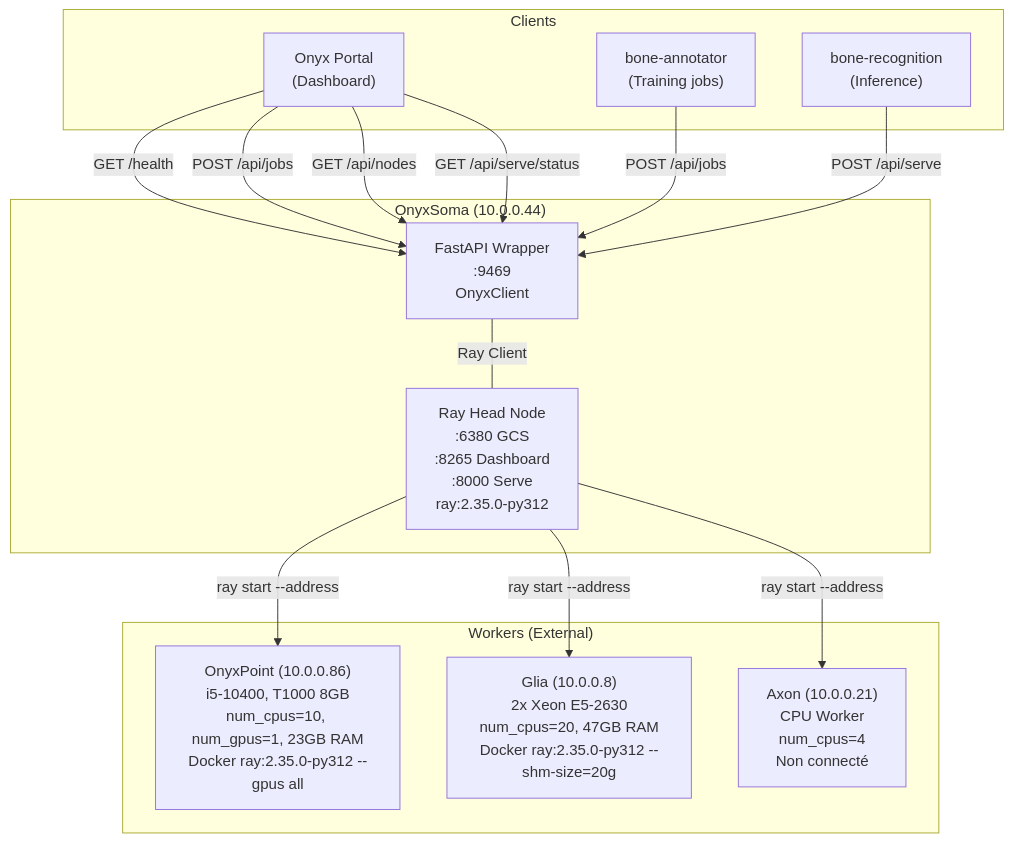
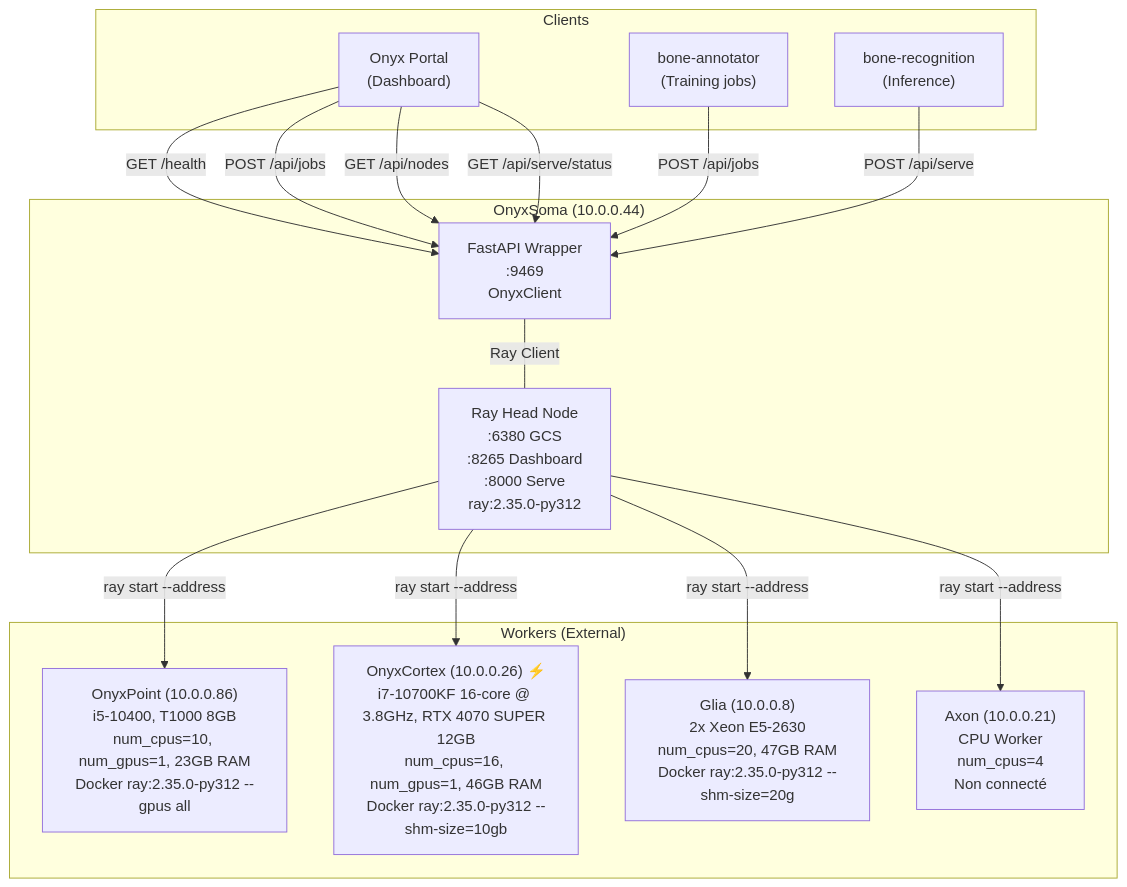
Before and after one commit to VersoVet/ml-compute: the first of 3 diagrams in DIAGRAM.md, drawn with Mermaid. The commit also changed 2 other files, not shown here.

Commit message:
docs: add OnyxCortex (10.0.0.26) GPU worker to cluster
Added new high-performance GPU worker to Ray cluster:

OnyxCortex Specs:
- CPU: 16-core Intel i7-10700KF @ 3.8 GHz
- RAM: 46 GB
- GPU: NVIDIA RTX 4070 SUPER (12.2 GB VRAM, CUDA 13.0)
- SSD: 116 GB (13% used)
- Status: ALIVE and connected to Ray cluster

Configuration:
- Ray worker: ray:2.35.0-py312 container
- Ports: 6380 (Ray head address)
- shm-size: 10 GB (optimized for object store)
- num_cpus=16, num_gpus=1

Capability:
- Swin-T @1340×1340 batch=4: ~8.5GB VRAM (optimal)
- Swin-S @1340×1340 batch=4: ~11GB VRAM (feasible)
- Primary worker for bone-ml multitask training

Documentation:
- ARCHITECTURE.md: Added OnyxCortex to Workers section
- DIAGRAM.md: Updated Ray cluster diagram with new worker
- TODO.md: Added Phase 9 (Cluster Expansion) tracking

````diff
--- a/DIAGRAM.md
+++ b/DIAGRAM.md
@@ -5,31 +5,33 @@
 ```mermaid
 graph TB
     subgraph Soma["OnyxSoma (10.0.0.44)"]
         API["FastAPI Wrapper<br/>:9469<br/>OnyxClient"]
         RayHead["Ray Head Node<br/>:6380 GCS<br/>:8265 Dashboard<br/>:8000 Serve<br/>ray:2.35.0-py312"]
         API ---|Ray Client| RayHead
     end
 
     subgraph Workers["Workers (External)"]
         OP["OnyxPoint (10.0.0.86)<br/>i5-10400, T1000 8GB<br/>num_cpus=10, num_gpus=1, 23GB RAM<br/>Docker ray:2.35.0-py312 --gpus all"]
+        Cortex["OnyxCortex (10.0.0.26) ⚡<br/>i7-10700KF 16-core @ 3.8GHz, RTX 4070 SUPER 12GB<br/>num_cpus=16, num_gpus=1, 46GB RAM<br/>Docker ray:2.35.0-py312 --shm-size=10gb"]
         Glia["Glia (10.0.0.8)<br/>2x Xeon E5-2630<br/>num_cpus=20, 47GB RAM<br/>Docker ray:2.35.0-py312 --shm-size=20g"]
         Axon["Axon (10.0.0.21)<br/>CPU Worker<br/>num_cpus=4<br/>Non connecté"]
     end
 
     RayHead -->|ray start --address| OP
+    RayHead -->|ray start --address| Cortex
     RayHead -->|ray start --address| Glia
     RayHead -->|ray start --address| Axon
 
     subgraph Client["Clients"]
         Portal["Onyx Portal<br/>(Dashboard)"]
         BoneML["bone-annotator<br/>(Training jobs)"]
         BoneRec["bone-recognition<br/>(Inference)"]
     end
 
     Portal -->|GET /health| API
     Portal -->|POST /api/jobs| API
     Portal -->|GET /api/nodes| API
     BoneML -->|POST /api/jobs| API
     BoneRec -->|POST /api/serve| API
     Portal -->|GET /api/serve/status| API
 ```
````
